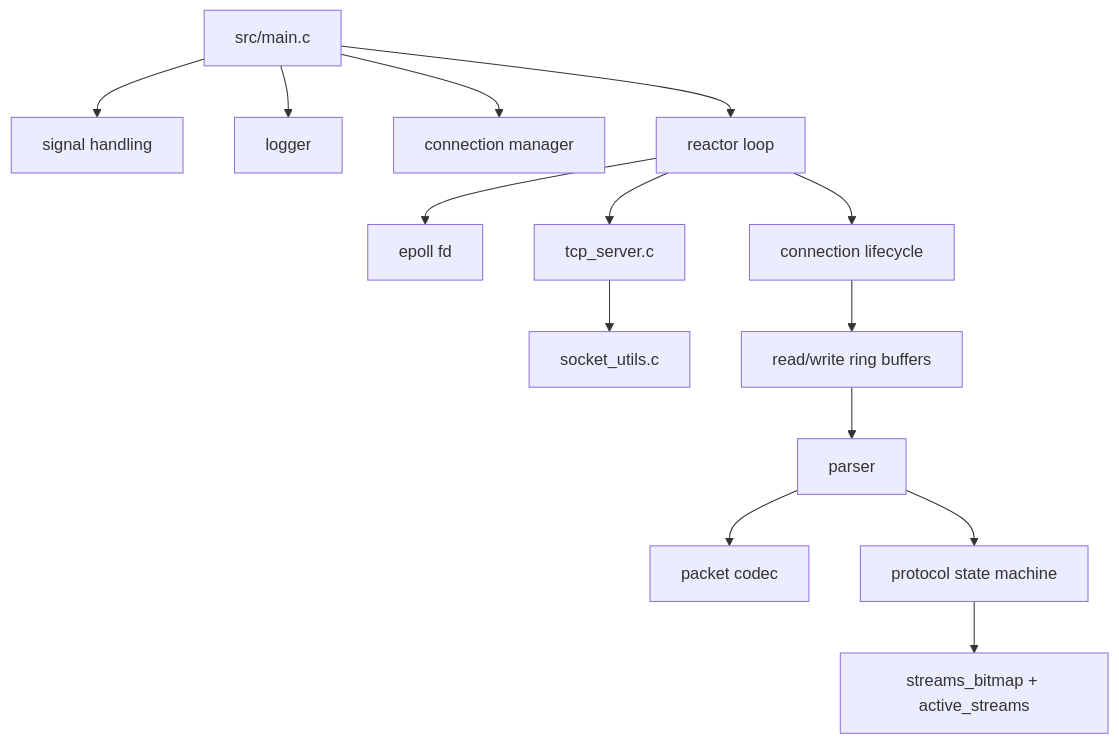
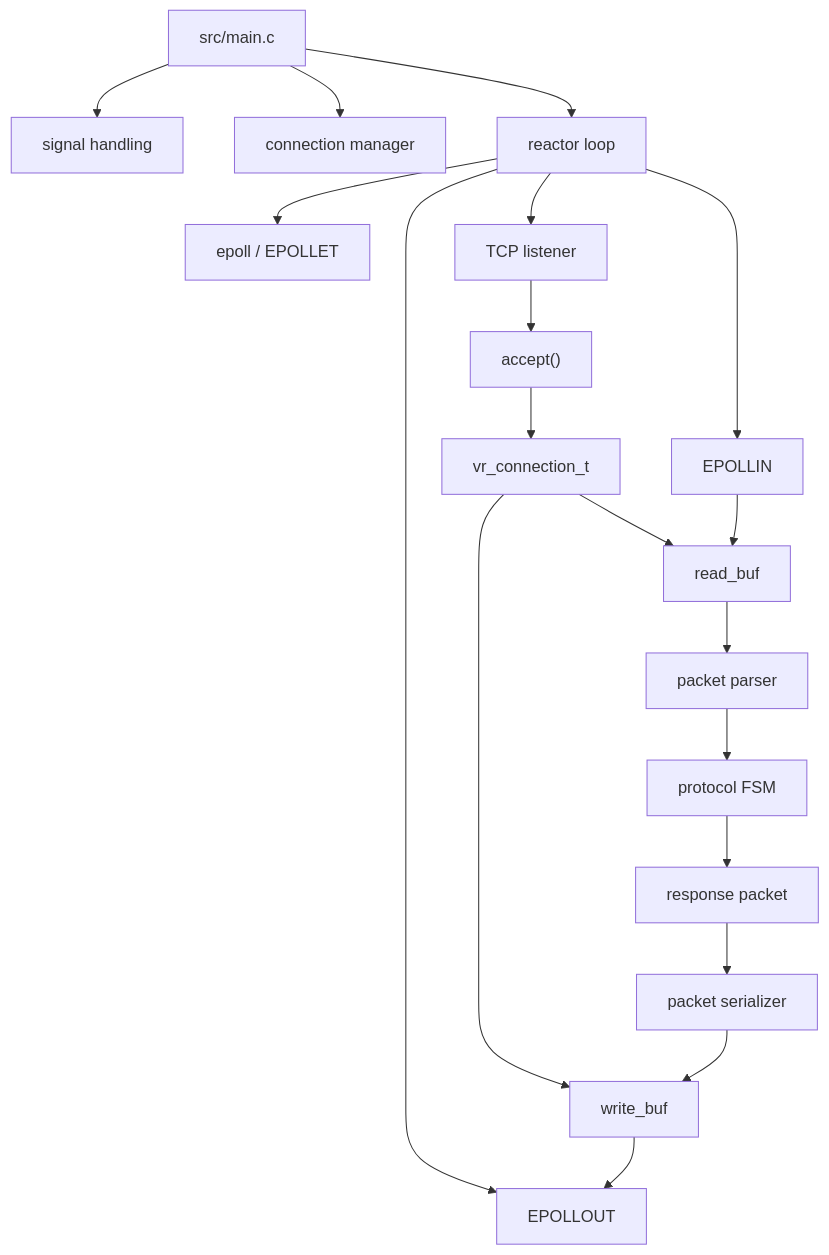
The first of 4 diagrams in README.md (Vishisht-Dwivedi/Velora), drawn with Mermaid before and after one commit. The commit also changed other lines of this file, not shown here.

````diff
--- a/README.md
+++ b/README.md
@@ -13,19 +11,27 @@
 ```mermaid
 flowchart TB
-    MAIN[src/main.c] --> SIGNAL[signal handling]
-    MAIN --> LOG[logger]
-    MAIN --> MANAGER[connection manager]
-    MAIN --> REACTOR[reactor loop]
+    MAIN["src/main.c"] --> SIGNAL["signal handling"]
+    MAIN --> MANAGER["connection manager"]
+    MAIN --> REACTOR["reactor loop"]
 
-    REACTOR --> EPOLL[epoll fd]
-    REACTOR --> TCP[tcp_server.c]
-    TCP --> SOCK[socket_utils.c]
+    REACTOR --> EPOLL["epoll / EPOLLET"]
+    REACTOR --> LISTENER["TCP listener"]
 
-    REACTOR --> CONN[connection lifecycle]
-    CONN --> RING[read/write ring buffers]
+    LISTENER --> ACCEPT["accept()"]
+    ACCEPT --> CONN["vr_connection_t"]
 
-    RING --> PARSER[parser]
-    PARSER --> PACKET[packet codec]
-    PARSER --> PROTOCOL[protocol state machine]
-    PROTOCOL --> STREAMS[streams_bitmap + active_streams]
+    REACTOR --> READ["EPOLLIN"]
+    REACTOR --> WRITE["EPOLLOUT"]
+
+    CONN --> READBUF["read_buf"]
+    CONN --> WRITEBUF["write_buf"]
+
+    READ --> READBUF
+    READBUF --> PARSER["packet parser"]
+    PARSER --> PROTOCOL["protocol FSM"]
+    PROTOCOL --> RESPONSE["response packet"]
+
+    RESPONSE --> SERIALIZE["packet serializer"]
+    SERIALIZE --> WRITEBUF
+    WRITEBUF --> WRITE
 ```
````
